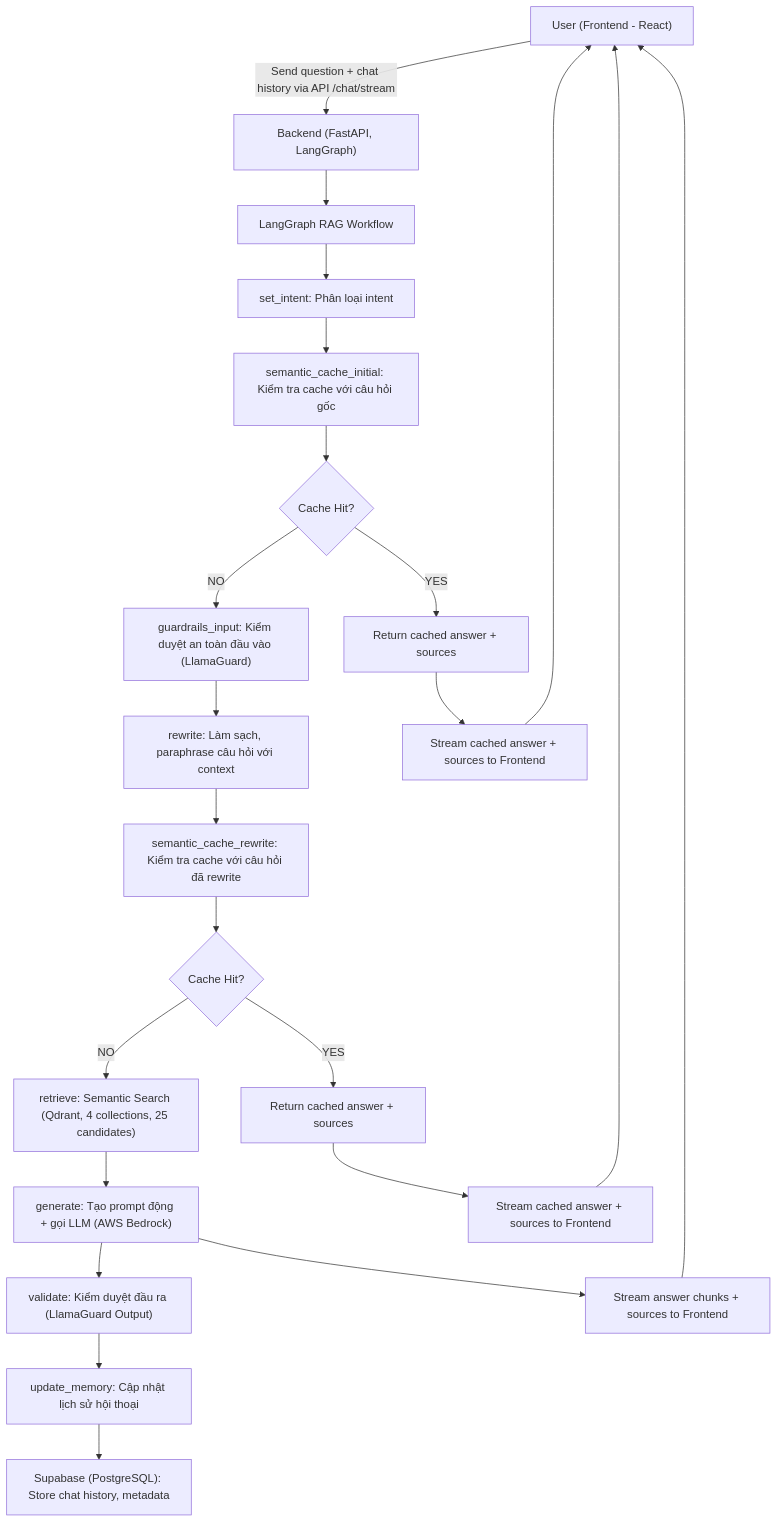
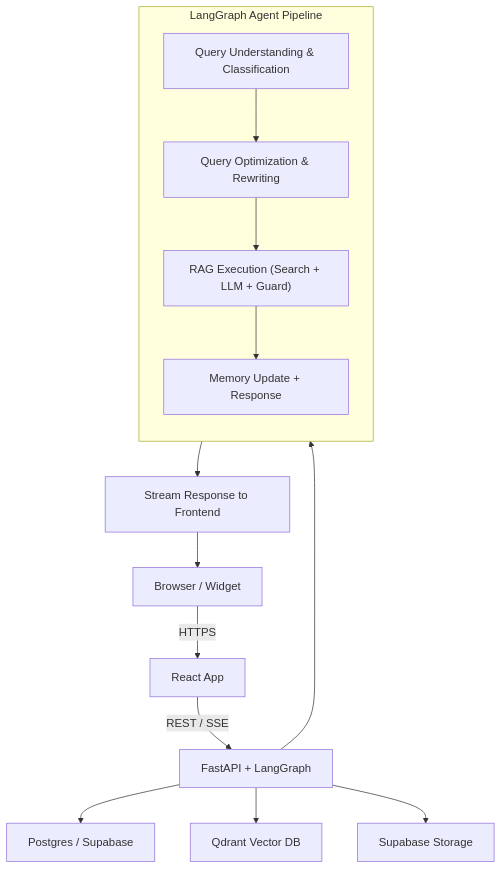
One commit to tuananhne1110/Cutru_chatbot changed the first of 2 diagrams in docs/Workflow.md. Above: the diagram before and after it, drawn with Mermaid. The commit also changed other lines of this file and 10 other files, not shown here.

````diff
--- a/docs/Workflow.md
+++ b/docs/Workflow.md
@@ -4,31 +4,27 @@
 ```mermaid
-graph TD;
-  A["User (Frontend - React)"] -->|"Send question + chat history via API /chat/stream"| B["Backend (FastAPI, LangGraph)"]
-  B --> C0["LangGraph RAG Workflow"]
-  C0 --> C1["set_intent: Phân loại intent"]
-  C1 --> C2["semantic_cache_initial: Kiểm tra cache với câu hỏi gốc"]
-  
-  C2 --> C3{Cache Hit?}
-  C3 -->|YES| C4["Return cached answer + sources"]
-  C3 -->|NO| C5["guardrails_input: Kiểm duyệt an toàn đầu vào (LlamaGuard)"]
-  
-  C5 --> C6["rewrite: Làm sạch, paraphrase câu hỏi với context"]
-  C6 --> C7["semantic_cache_rewrite: Kiểm tra cache với câu hỏi đã rewrite"]
-  
-  C7 --> C8{Cache Hit?}
-  C8 -->|YES| C9["Return cached answer + sources"]
-  C8 -->|NO| C10["retrieve: Semantic Search (Qdrant, 4 collections, 25 candidates)"]
-  
-  C10 --> C11["generate: Tạo prompt động + gọi LLM (AWS Bedrock)"]
-  C11 --> C12["validate: Kiểm duyệt đầu ra (LlamaGuard Output)"]
-  C12 --> C13["update_memory: Cập nhật lịch sử hội thoại"]
-  C13 --> D["Supabase (PostgreSQL): Store chat history, metadata"]
-  
-  C4 --> E["Stream cached answer + sources to Frontend"]
-  C9 --> F["Stream cached answer + sources to Frontend"]
-  C11 --> G["Stream answer chunks + sources to Frontend"]
-  
-  E --> A
-  F --> A
-  G --> A
+graph TD
+
+  %% Tầng giao diện người dùng chi tiết
+  F1["Browser / Widget"] -->|HTTPS| F2["React App"] -->|REST / SSE| B1["FastAPI + LangGraph"]
+
+  %% Dịch vụ phía sau
+  B1 --> DB1["Postgres / Supabase"]
+  B1 --> DB2["Qdrant Vector DB"]
+  B1 --> DB3["Supabase Storage"]
+
+  %% LangGraph Agent Pipeline
+  B1 --> C1["LangGraph Agent Pipeline"]
+
+  subgraph C1 ["LangGraph Agent Pipeline"]
+    direction TB
+    C1A["Query Understanding & Classification"]
+    C1B["Query Optimization & Rewriting"]
+    C1C["RAG Execution (Search + LLM + Guard)"]
+    C1D["Memory Update + Response"]
+    
+    C1A --> C1B --> C1C --> C1D
+  end
+
+  %% Output
+  C1D --> D1["Stream Response to Frontend"] --> F1
 ```
````
